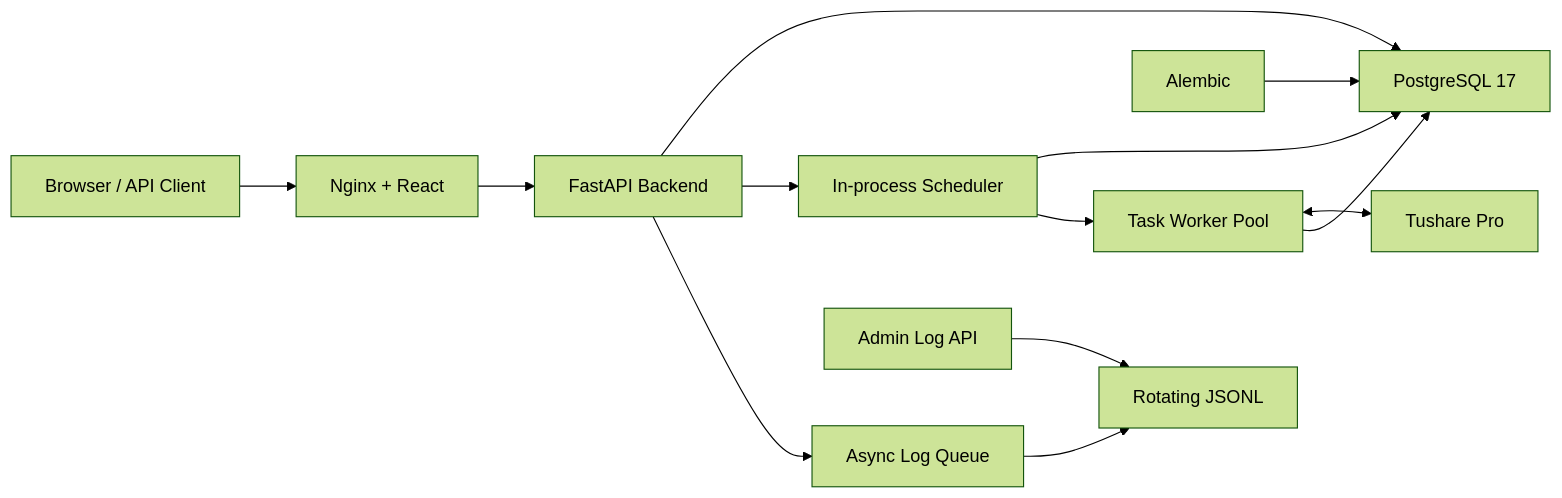
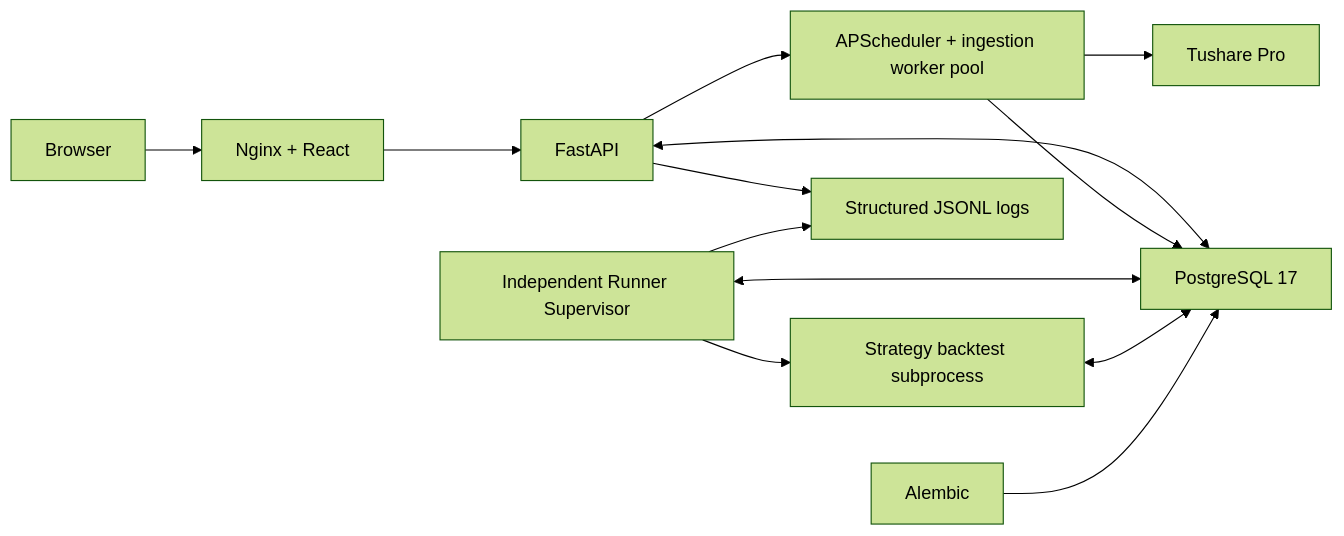
One commit to Li2Wh1te/quant-foundry changed the second of 2 diagrams in README_EN.md. Above: the diagram before and after it, drawn with Mermaid (forest theme). The commit also changed other lines of this file and 4 other files, not shown here.

````diff
--- a/README_EN.md
+++ b/README_EN.md
@@ -60,15 +276,15 @@
 ```mermaid
 flowchart LR
-    Client["Browser / API Client"] --> Frontend["Nginx + React"]
-    Frontend --> Server["FastAPI Backend"]
-    Server --> Database["PostgreSQL 17"]
-    Server --> Scheduler["In-process Scheduler"]
+    Browser["Browser"] --> Frontend["Nginx + React"]
+    Frontend --> Backend["FastAPI"]
+    Backend <--> Database["PostgreSQL 17"]
+    Backend --> Scheduler["APScheduler + ingestion worker pool"]
+    Scheduler --> Source["Tushare Pro"]
     Scheduler --> Database
-    Scheduler --> Workers["Task Worker Pool"]
-    Workers <--> Tushare["Tushare Pro"]
-    Workers --> Database
+    Runner["Independent Runner Supervisor"] <--> Database
+    Runner --> Worker["Strategy backtest subprocess"]
+    Worker <--> Database
+    Backend --> Logs["Structured JSONL logs"]
+    Runner --> Logs
     Migration["Alembic"] --> Database
-    Server --> Queue["Async Log Queue"]
-    Queue --> Files["Rotating JSONL"]
-    Admin["Admin Log API"] --> Files
 ```
````
